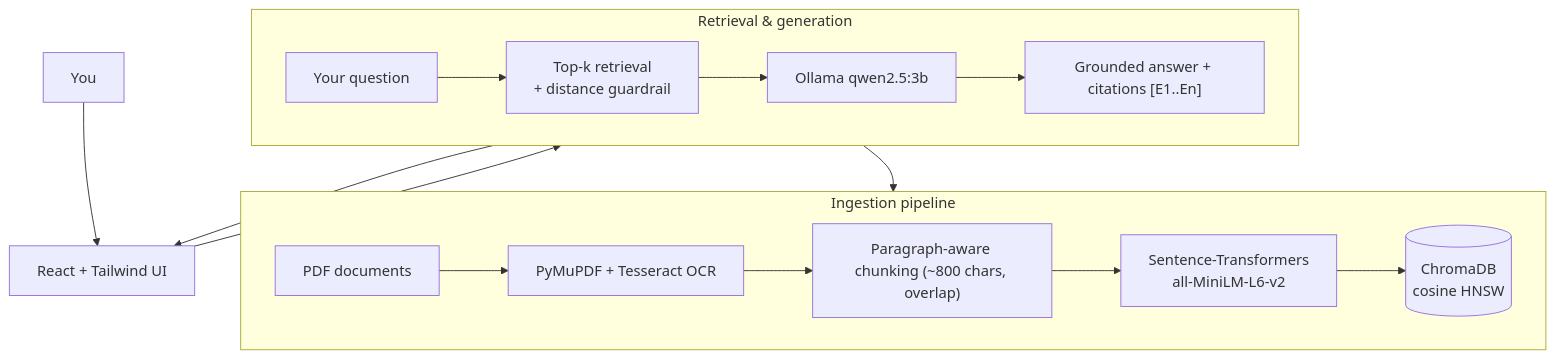
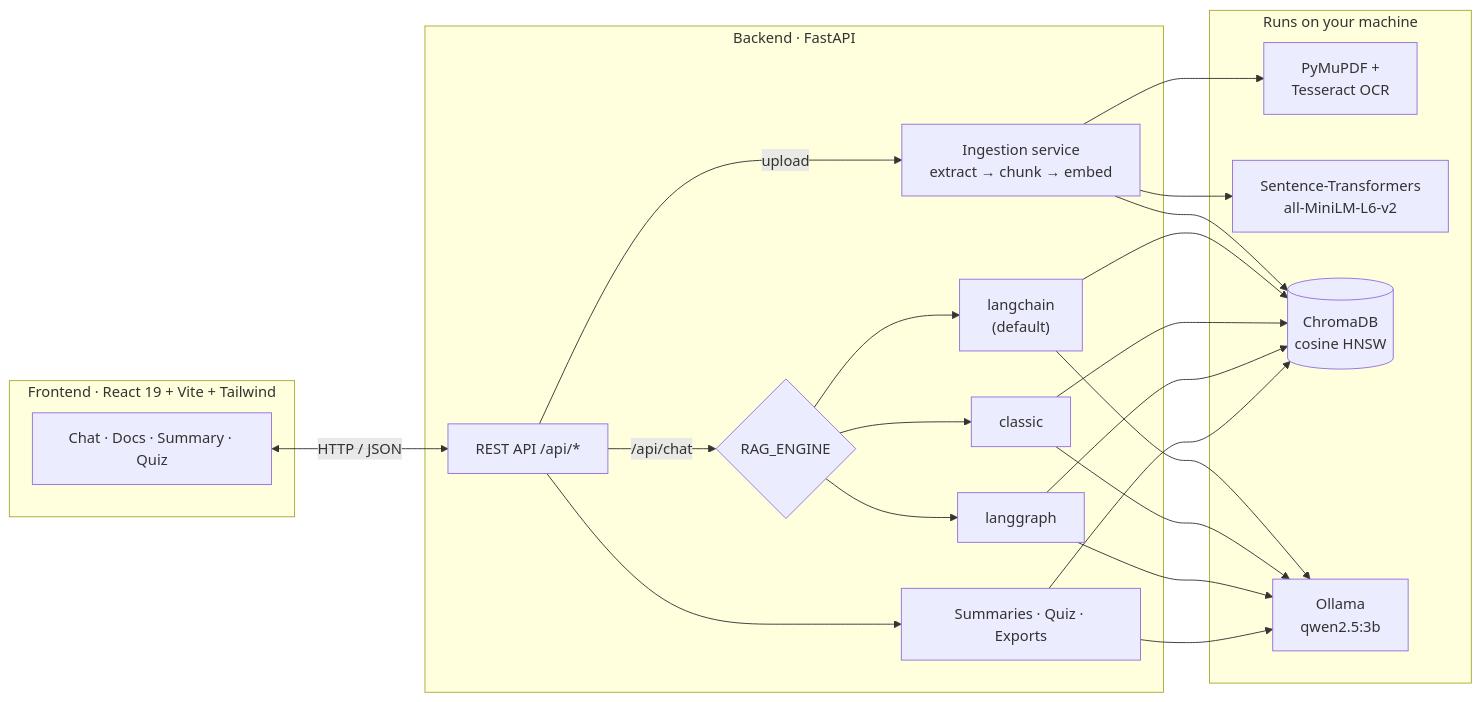
The first of 2 diagrams in README.md (youssefdhouib/Local-Multi-PDF-RAG-Assistant), drawn with Mermaid before and after one commit. The commit also changed other lines of this file and 15 other files, not shown here.

First line of the commit message:
docs: new README with demo video, real screenshots and architecture

````diff
--- a/README.md
+++ b/README.md
@@ -59,23 +79,42 @@
 ```mermaid
-flowchart TB
-    U["You"] --> UI["React + Tailwind UI"]
-
-    subgraph ingest["Ingestion pipeline"]
-        direction LR
-        PDF["PDF documents"] --> EXT["PyMuPDF + Tesseract OCR"]
-        EXT --> CHK["Paragraph-aware chunking (~800 chars, overlap)"]
-        CHK --> EMB["Sentence-Transformers<br/>all-MiniLM-L6-v2"]
-        EMB --> VDB[("ChromaDB<br/>cosine HNSW")]
+flowchart LR
+    subgraph FE["Frontend · React 19 + Vite + Tailwind"]
+        UI["Chat · Docs · Summary · Quiz"]
     end
 
-    subgraph answer["Retrieval & generation"]
-        direction LR
-        Q["Your question"] --> RET["Top-k retrieval<br/>+ distance guardrail"]
-        RET --> VDB
-        RET --> LLM["Ollama qwen2.5:3b"]
-        LLM --> A["Grounded answer + citations [E1..En]"]
+    subgraph BE["Backend · FastAPI"]
+        API["REST API /api/*"]
+        ING["Ingestion service<br/>extract → chunk → embed"]
+        ENG{"RAG_ENGINE"}
+        LC["langchain<br/>(default)"]
+        CL["classic"]
+        LG["langgraph"]
+        FT["Summaries · Quiz · Exports"]
     end
 
-    UI --> Q
-    A --> UI
+    subgraph LOCAL["Runs on your machine"]
+        OCR["PyMuPDF +<br/>Tesseract OCR"]
+        EMB["Sentence-Transformers<br/>all-MiniLM-L6-v2"]
+        VDB[("ChromaDB<br/>cosine HNSW")]
+        LLM["Ollama<br/>qwen2.5:3b"]
+    end
+
+    UI <-->|HTTP / JSON| API
+    API -->|upload| ING
+    ING --> OCR
+    ING --> EMB
+    ING --> VDB
+    API -->|/api/chat| ENG
+    ENG --> LC
+    ENG --> CL
+    ENG --> LG
+    LC --> VDB
+    CL --> VDB
+    LG --> VDB
+    LC --> LLM
+    CL --> LLM
+    LG --> LLM
+    API --> FT
+    FT --> VDB
+    FT --> LLM
 ```
````
